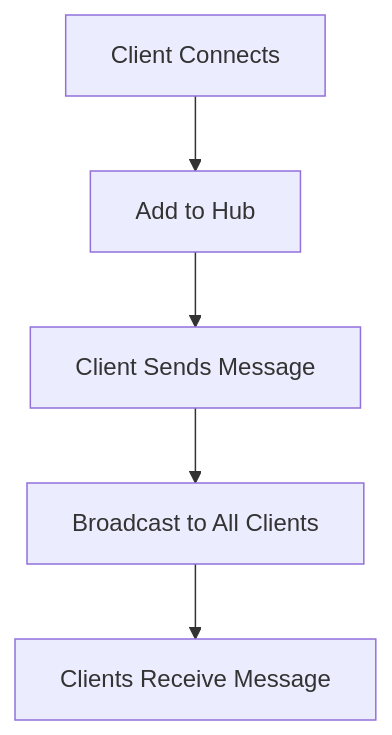
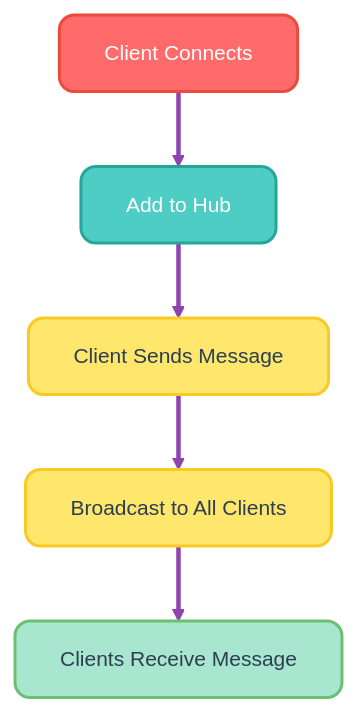
One commit to infoyouth/infoyouth.github.io changed the second of 3 diagrams in _posts/go/2025-12-25-27.-working-with-websockets.md. Above: the diagram before and after it, drawn with Mermaid. The commit also changed other lines of this file, not shown here.

Commit message:
Apply BLOG-REVIEW-RULES: style Mermaid diagrams, add front matter, examples

````diff
--- a/_posts/go/2025-12-25-27.-working-with-websockets.md
+++ b/_posts/go/2025-12-25-27.-working-with-websockets.md
@@ -273,7 +527,19 @@
 ```mermaid
 flowchart TD
     A[Client Connects] --> B[Add to Hub]
     B --> C[Client Sends Message]
     C --> D[Broadcast to All Clients]
     D --> E[Clients Receive Message]
+
+    classDef connectStyle fill:#ff6b6b,stroke:#e74c3c,color:#fff,font-size:14px,stroke-width:2px,rx:10,shadow:4px;
+    classDef hubStyle fill:#4ecdc4,stroke:#26a69a,color:#fff,font-size:14px,stroke-width:2px,rx:10,shadow:4px;
+    classDef messageStyle fill:#ffe66d,stroke:#f9ca24,color:#2c3e50,font-size:14px,stroke-width:2px,rx:10,shadow:4px;
+    classDef broadcastStyle fill:#a8e6cf,stroke:#6fbf73,color:#2c3e50,font-size:14px,stroke-width:2px,rx:10,shadow:4px;
+
+    class A connectStyle;
+    class B hubStyle;
+    class C,D messageStyle;
+    class E broadcastStyle;
+
+    linkStyle default stroke:#8e44ad,stroke-width:3px;
 ```
````
